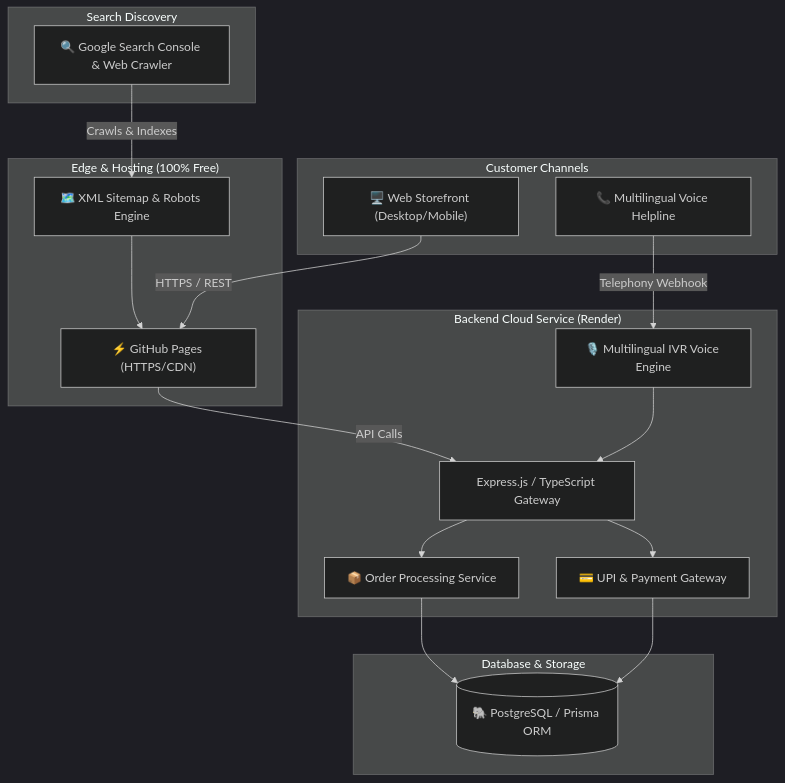
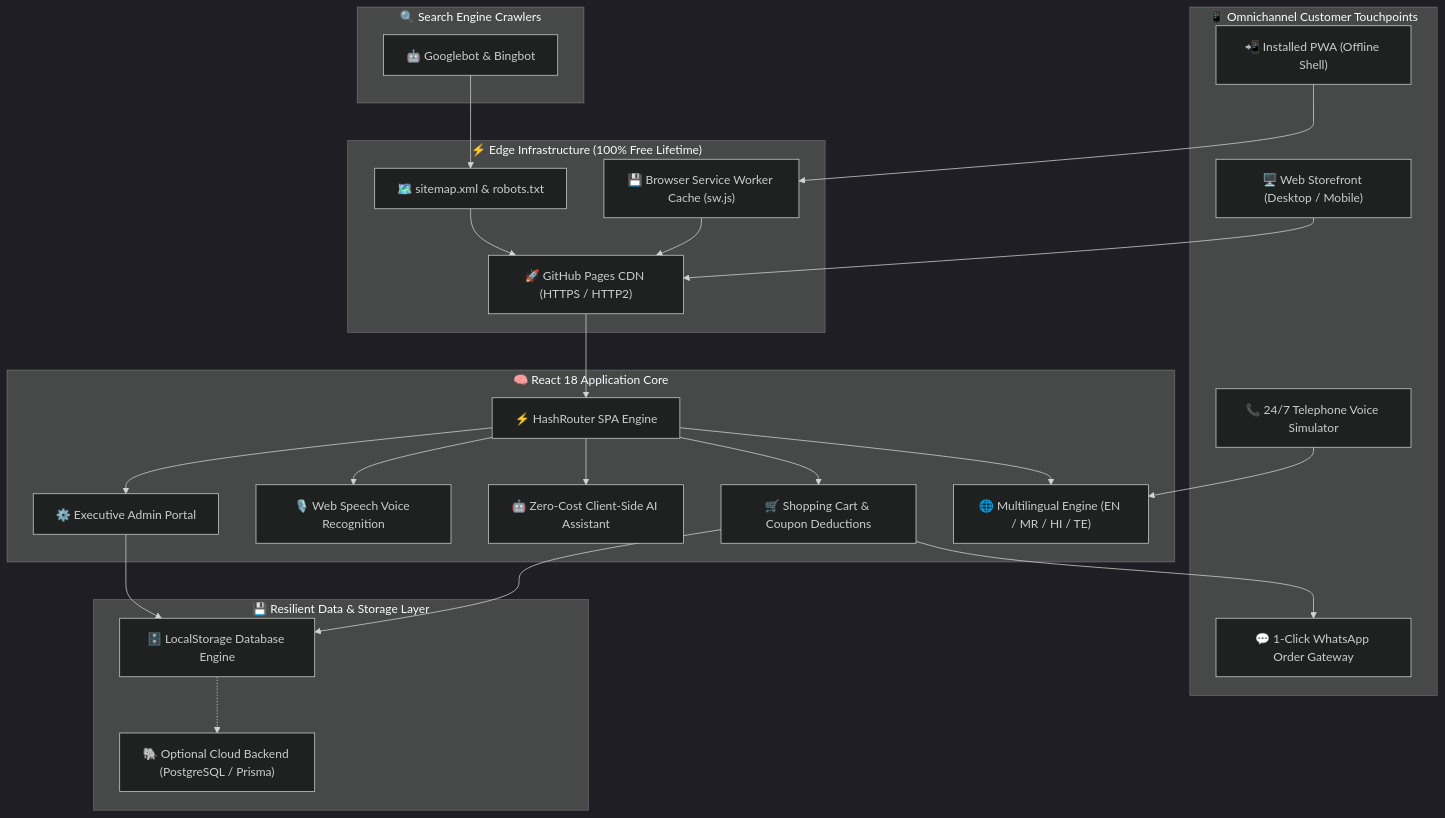
One commit to bandegangasai/annapurna-aahaar changed the second of 2 diagrams in README.md. Above: the diagram before and after it, drawn with Mermaid (dark theme). The commit also changed other lines of this file, not shown here.

````diff
--- a/README.md
+++ b/README.md
@@ -97,38 +152,50 @@
 ```mermaid
 flowchart TD
-    subgraph Clients["Customer Channels"]
-        WebClient["🖥️ Web Storefront (Desktop/Mobile)"]
-        VoiceClient["📞 Multilingual Voice Helpline"]
+    subgraph ClientChannels["📱 Omnichannel Customer Touchpoints"]
+        WebStorefront["🖥️ Web Storefront (Desktop / Mobile)"]
+        PWAApp["📲 Installed PWA (Offline Shell)"]
+        WhatsAppChannel["💬 1-Click WhatsApp Order Gateway"]
+        VoiceHotlineSim["📞 24/7 Telephone Voice Simulator"]
     end
 
-    subgraph CDN["Edge & Hosting (100% Free)"]
-        GHPages["⚡ GitHub Pages (HTTPS/CDN)"]
-        SitemapEngine["🗺️ XML Sitemap & Robots Engine"]
+    subgraph EdgeCDN["⚡ Edge Infrastructure (100% Free Lifetime)"]
+        GHPages["🚀 GitHub Pages CDN (HTTPS / HTTP2)"]
+        ServiceWorker["💾 Browser Service Worker Cache (sw.js)"]
+        SitemapRobots["🗺️ sitemap.xml & robots.txt"]
     end
 
-    subgraph BackendAPI["Backend Cloud Service (Render)"]
-        APIGateway["Express.js / TypeScript Gateway"]
-        IVRStateMachine["🎙️ Multilingual IVR Voice Engine"]
-        OrderManager["📦 Order Processing Service"]
-        PaymentVerifier["💳 UPI & Payment Gateway"]
+    subgraph ApplicationLayer["🧠 React 18 Application Core"]
+        Router["⚡ HashRouter SPA Engine"]
+        LangContext["🌐 Multilingual Engine (EN / MR / HI / TE)"]
+        CartEngine["🛒 Shopping Cart & Coupon Deductions"]
+        AiEngine["🤖 Zero-Cost Client-Side AI Assistant"]
+        SpeechEngine["🎙️ Web Speech Voice Recognition"]
+        AdminModule["⚙️ Executive Admin Portal"]
     end
 
-    subgraph DataStore["Database & Storage"]
-        PostgresDB[("🐘 PostgreSQL / Prisma ORM")]
+    subgraph DataLayer["💾 Resilient Data & Storage Layer"]
+        LocalData["🗄️ LocalStorage Database Engine"]
+        CloudBackend["🐘 Optional Cloud Backend (PostgreSQL / Prisma)"]
     end
 
-    subgraph SearchEngines["Search Discovery"]
-        GoogleBot["🔍 Google Search Console & Web Crawler"]
+    subgraph SearchEngines["🔍 Search Engine Crawlers"]
+        GoogleCrawler["🤖 Googlebot & Bingbot"]
     end
 
-    WebClient -->|HTTPS / REST| GHPages
-    GHPages -->|API Calls| APIGateway
-    VoiceClient -->|Telephony Webhook| IVRStateMachine
-    IVRStateMachine --> APIGateway
-    APIGateway --> OrderManager
-    APIGateway --> PaymentVerifier
-    OrderManager --> PostgresDB
-    PaymentVerifier --> PostgresDB
-    GoogleBot -->|Crawls & Indexes| SitemapEngine
-    SitemapEngine --> GHPages
+    WebStorefront --> GHPages
+    PWAApp --> ServiceWorker
+    ServiceWorker --> GHPages
+    GHPages --> Router
+    Router --> LangContext
+    Router --> CartEngine
+    Router --> AiEngine
+    Router --> SpeechEngine
+    Router --> AdminModule
+    CartEngine --> WhatsAppChannel
+    VoiceHotlineSim --> LangContext
+    CartEngine --> LocalData
+    AdminModule --> LocalData
+    LocalData -.-> CloudBackend
+    GoogleCrawler --> SitemapRobots
+    SitemapRobots --> GHPages
 ```
````
